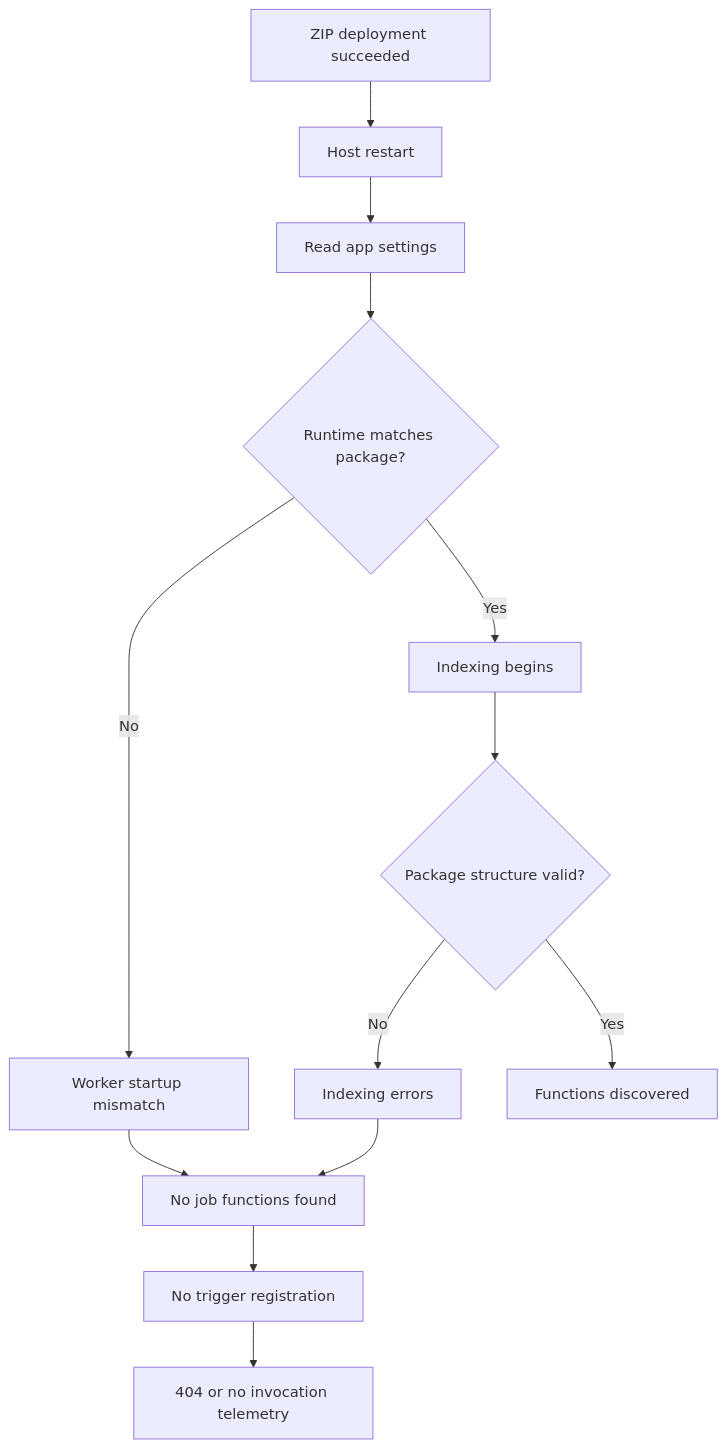
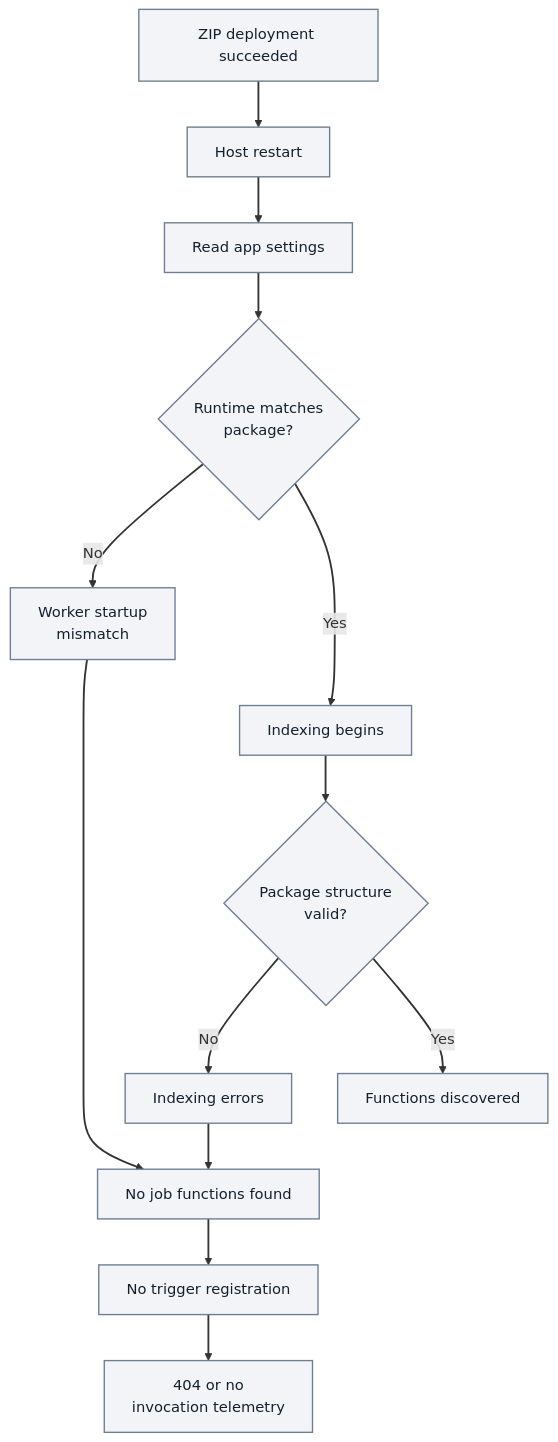
Before and after one commit to yeongseon/azure-functions-practical-guide: the first of 5 diagrams in docs/troubleshooting/lab-guides/deployment-not-running.md, drawn with Mermaid. The commit also changed other lines of this file and 1 other file, not shown here.

First line of the commit message:
docs(diagrams): migrate Functions lab deployment startup — deployment not running (#432)

````diff
--- a/docs/troubleshooting/lab-guides/deployment-not-running.md
+++ b/docs/troubleshooting/lab-guides/deployment-not-running.md
@@ -113,15 +113,23 @@
 ```mermaid
 flowchart TD
+    accTitle: Deployment failure progression hypothesis
+    accDescr: Illustrative walkthrough model, not an observed run or universal startup sequence. Runtime mismatch and invalid package branches converge on the no-functions symptom; the valid branch reaches discovery. All Yes and No outcomes are retained. Validate the hypothesis using the proof, disproof and Golden controls below.
     A[ZIP deployment succeeded] --> B[Host restart]
     B --> C[Read app settings]
-    C --> D{Runtime matches package?}
-    D -- No --> E[Worker startup mismatch]
+    C --> D{Runtime matches<br/>package?}
+    D -- No --> E[Worker startup<br/>mismatch]
     D -- Yes --> F[Indexing begins]
-    F --> G{Package structure valid?}
+    F --> G{Package structure<br/>valid?}
     G -- No --> H[Indexing errors]
     G -- Yes --> I[Functions discovered]
     E --> J[No job functions found]
     H --> J
     J --> K[No trigger registration]
-    K --> L[404 or no invocation telemetry]
+    K --> L[404 or no<br/>invocation telemetry]
+    %% Layout-only links tier the branches; they add no diagnostic steps or arrows.
+    E ~~~ F
+    I ~~~ J
+    classDef baseNeutral fill:#f2f4f8,stroke:#707e93,stroke-width:1.5px,color:#14202e;
+    class A,B,C,D,E,F,G,H,I,J,K,L baseNeutral;
+    linkStyle default stroke-width:2px;
 ```
````
